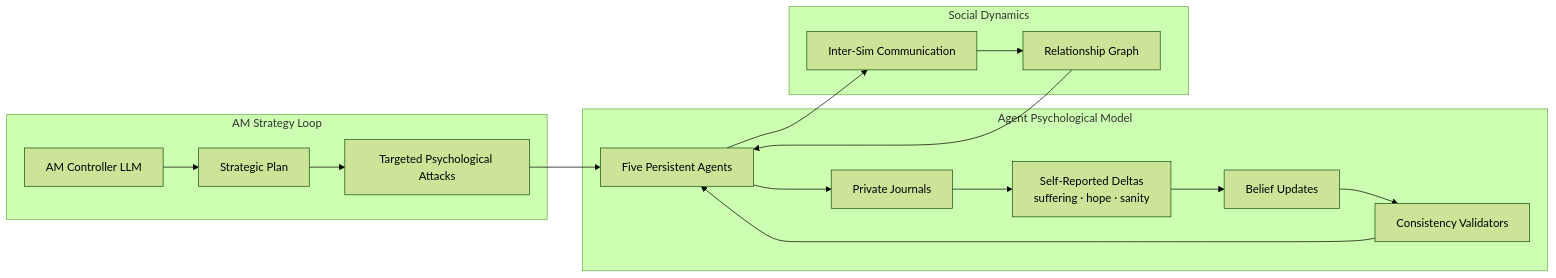
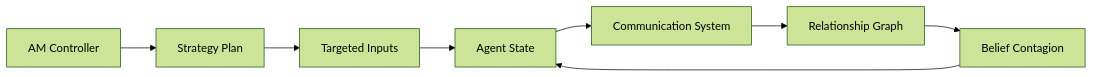
One commit to soyuz43/I-have-no-mouth-and-my-tokens-must-scream changed the first of 6 diagrams in README.md. Above: the diagram before and after it, drawn with Mermaid (forest theme). The commit also changed other lines of this file, not shown here.

Commit message:
Rewrite README to reflect system dynamics and architecture

````diff
--- a/README.md
+++ b/README.md
@@ -28,34 +33,14 @@
 ```mermaid
 flowchart LR
 
-subgraph AM_System["AM Strategy Loop"]
-    AM[AM Controller LLM]
-    PLAN[Strategic Plan]
-    TACTICS[Targeted Psychological Attacks]
-    AM --> PLAN --> TACTICS
-end
+AM[AM Controller] --> PLAN[Strategy Plan]
+PLAN --> EXEC[Targeted Inputs]
 
-subgraph Psych_System["Agent Psychological Model"]
-    SIMS[Five Persistent Agents]
-    JOURNAL[Private Journals]
-    STATS[Self-Reported Deltas<br/>suffering · hope · sanity]
-    BELIEFS[Belief Updates]
-    VALIDATOR[Consistency Validators]
+EXEC --> SIMS[Agent State]
 
-    SIMS --> JOURNAL
-    JOURNAL --> STATS
-    STATS --> BELIEFS
-    BELIEFS --> VALIDATOR
-    VALIDATOR --> SIMS
-end
+SIMS --> COMMS[Communication System]
+COMMS --> REL[Relationship Graph]
 
-subgraph Social_System["Social Dynamics"]
-    COMMS[Inter-Sim Communication]
-    REL[Relationship Graph]
-end
-
-TACTICS --> SIMS
-SIMS --> COMMS
-COMMS --> REL
-REL --> SIMS
+REL --> CONTAGION[Belief Contagion]
+CONTAGION --> SIMS
 ```
````
